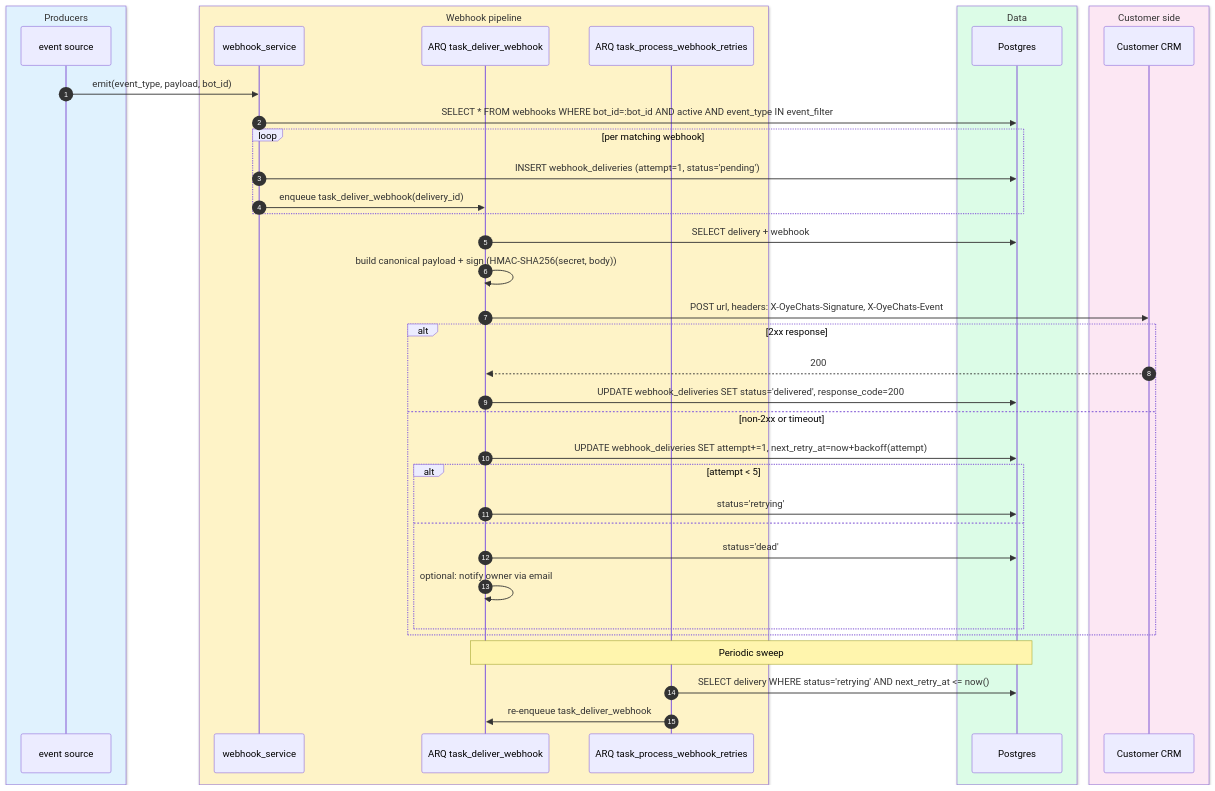
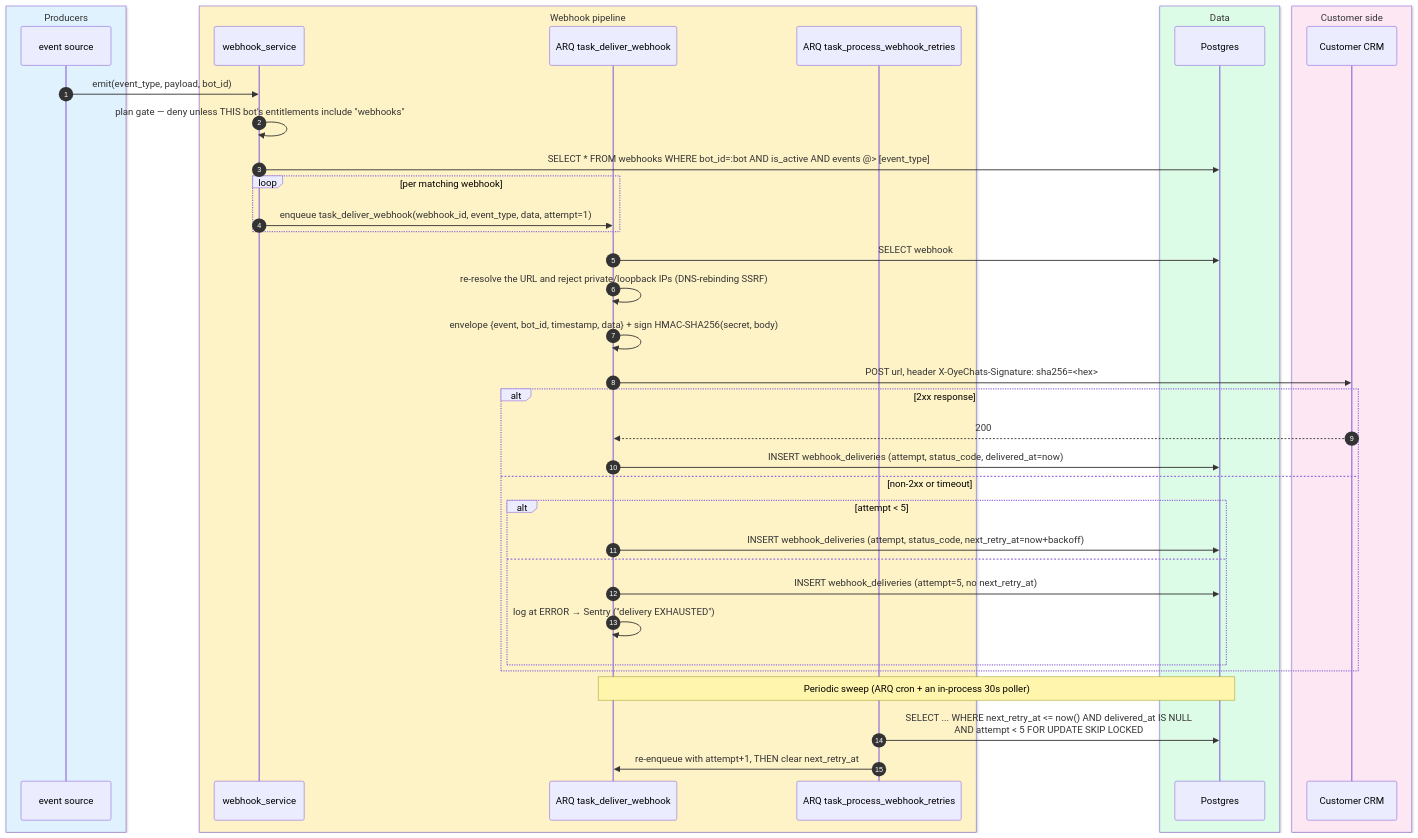
One commit to digibranders/oye-chats-platform changed the diagram in docs/system-design/docs/04-flows/webhook-delivery.md. Above: the diagram before and after it, drawn with Mermaid. The commit also changed other lines of this file and 35 other files, not shown here.

First line of the commit message:
docs(system-design): the architecture site described a system two rewrites old

````diff
--- a/docs/system-design/docs/04-flows/webhook-delivery.md
+++ b/docs/system-design/docs/04-flows/webhook-delivery.md
@@ -11,45 +13,45 @@
 ```mermaid
 sequenceDiagram
     autonumber
     box rgb(224,242,254) Producers
       participant Producer as event source
     end
     box rgb(254,243,199) Webhook pipeline
       participant Svc as webhook_service
       participant Worker as ARQ task_deliver_webhook
       participant Sweep as ARQ task_process_webhook_retries
     end
     box rgb(220,252,231) Data
       participant DB as Postgres
     end
     box rgb(252,231,243) Customer side
       participant CRM as Customer CRM
     end
 
     Producer->>Svc: emit(event_type, payload, bot_id)
-    Svc->>DB: SELECT * FROM webhooks WHERE bot_id=:bot_id AND active AND event_type IN event_filter
+    Svc->>Svc: plan gate — deny unless THIS bot's entitlements include "webhooks"
+    Svc->>DB: SELECT * FROM webhooks WHERE bot_id=:bot AND is_active AND events @> [event_type]
     loop per matching webhook
-        Svc->>DB: INSERT webhook_deliveries (attempt=1, status='pending')
-        Svc->>Worker: enqueue task_deliver_webhook(delivery_id)
+        Svc->>Worker: enqueue task_deliver_webhook(webhook_id, event_type, data, attempt=1)
     end
 
-    Worker->>DB: SELECT delivery + webhook
-    Worker->>Worker: build canonical payload + sign (HMAC-SHA256(secret, body))
-    Worker->>CRM: POST url, headers: X-OyeChats-Signature, X-OyeChats-Event
+    Worker->>DB: SELECT webhook
+    Worker->>Worker: re-resolve the URL and reject private/loopback IPs (DNS-rebinding SSRF)
+    Worker->>Worker: envelope {event, bot_id, timestamp, data} + sign HMAC-SHA256(secret, body)
+    Worker->>CRM: POST url, header X-OyeChats-Signature: sha256=<hex>
     alt 2xx response
         CRM-->>Worker: 200
-        Worker->>DB: UPDATE webhook_deliveries SET status='delivered', response_code=200
+        Worker->>DB: INSERT webhook_deliveries (attempt, status_code, delivered_at=now)
     else non-2xx or timeout
-        Worker->>DB: UPDATE webhook_deliveries SET attempt+=1, next_retry_at=now+backoff(attempt)
         alt attempt < 5
-            Worker->>DB: status='retrying'
+            Worker->>DB: INSERT webhook_deliveries (attempt, status_code, next_retry_at=now+backoff)
         else
-            Worker->>DB: status='dead'
-            Worker->>Worker: optional: notify owner via email
+            Worker->>DB: INSERT webhook_deliveries (attempt=5, no next_retry_at)
+            Worker->>Worker: log at ERROR → Sentry ("delivery EXHAUSTED")
         end
     end
 
-    Note over Worker,DB: Periodic sweep
-    Sweep->>DB: SELECT delivery WHERE status='retrying' AND next_retry_at <= now()
-    Sweep->>Worker: re-enqueue task_deliver_webhook
+    Note over Worker,DB: Periodic sweep (ARQ cron + an in-process 30s poller)
+    Sweep->>DB: SELECT ... WHERE next_retry_at <= now() AND delivered_at IS NULL<br/>AND attempt < 5 FOR UPDATE SKIP LOCKED
+    Sweep->>Worker: re-enqueue with attempt+1, THEN clear next_retry_at
 ```
````
